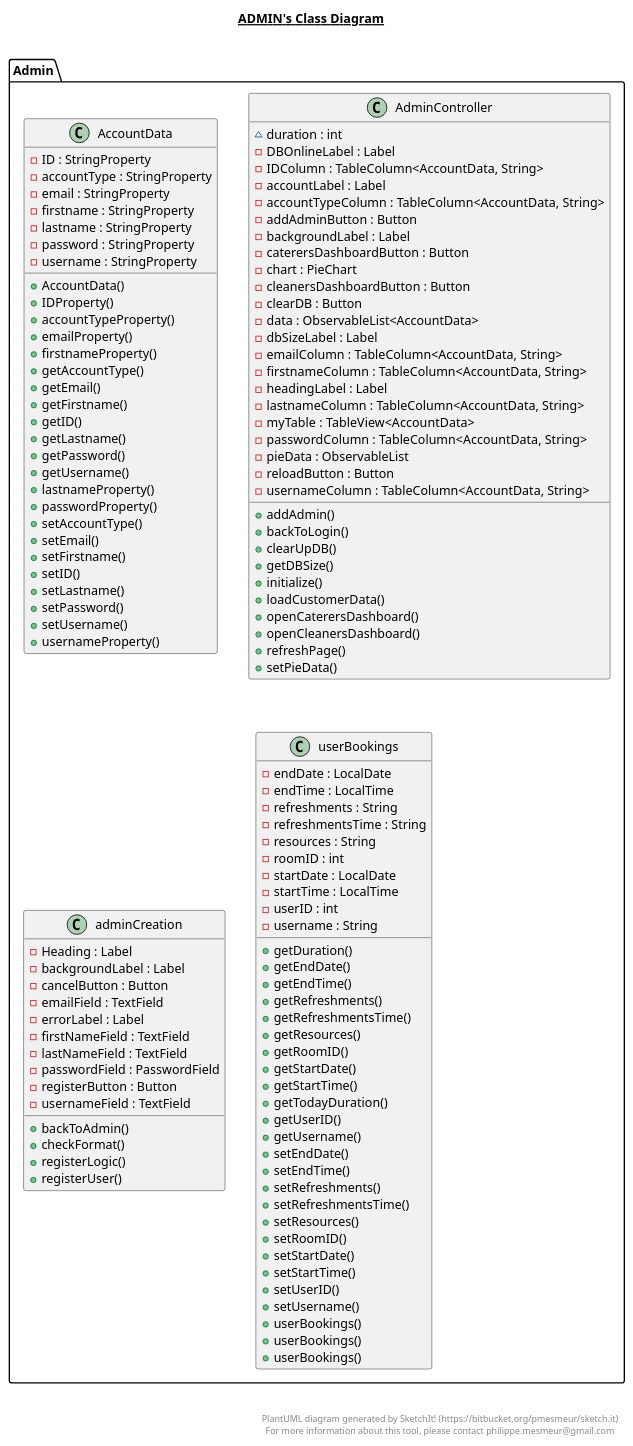
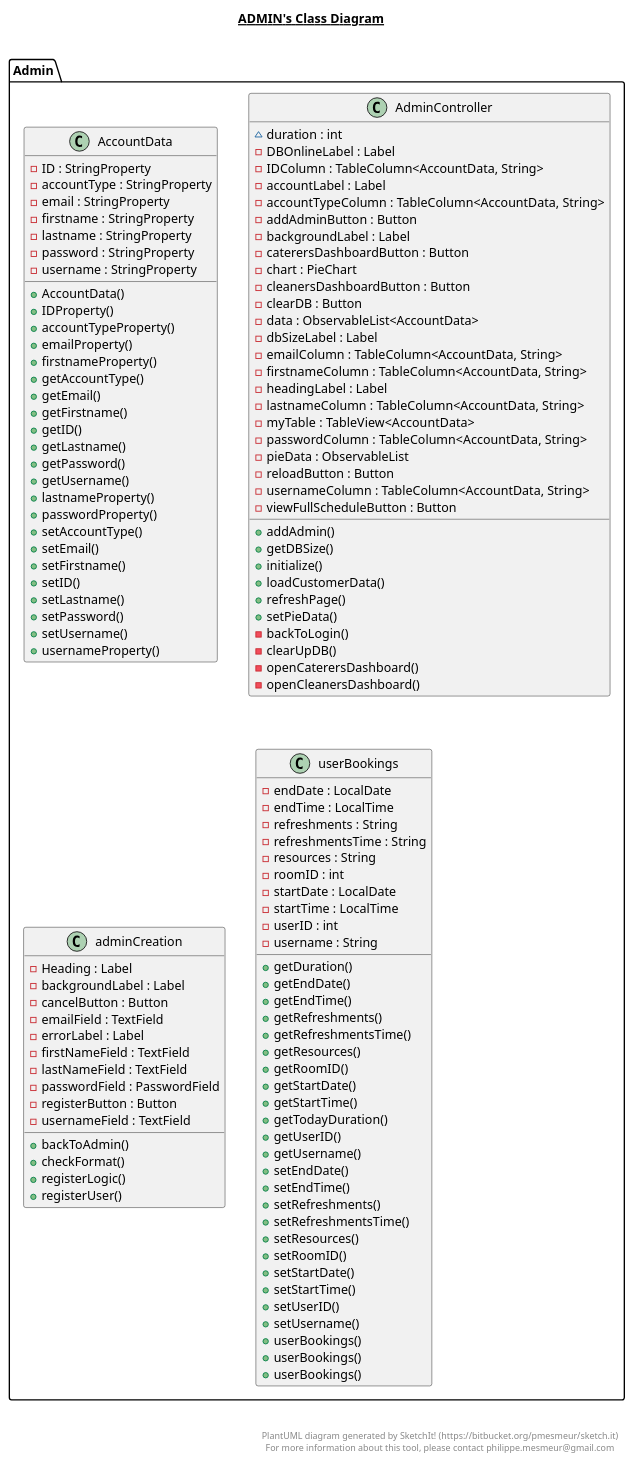
The diagram in src/Admin/Admin.plantuml (hegde-atri/meetingBooking), drawn with PlantUML before and after one commit. The commit also changed 6 other files, not shown here.

Commit message:
added UML class diagrams

```diff
--- a/src/Admin/Admin.plantuml
+++ b/src/Admin/Admin.plantuml
@@ -1,148 +1,149 @@
 @startuml
 
 title __ADMIN's Class Diagram__\n
 
   namespace Admin {
     class Admin.AccountData {
         - ID : StringProperty
         - accountType : StringProperty
         - email : StringProperty
         - firstname : StringProperty
         - lastname : StringProperty
         - password : StringProperty
         - username : StringProperty
         + AccountData()
         + IDProperty()
         + accountTypeProperty()
         + emailProperty()
         + firstnameProperty()
         + getAccountType()
         + getEmail()
         + getFirstname()
         + getID()
         + getLastname()
         + getPassword()
         + getUsername()
         + lastnameProperty()
         + passwordProperty()
         + setAccountType()
         + setEmail()
         + setFirstname()
         + setID()
         + setLastname()
         + setPassword()
         + setUsername()
         + usernameProperty()
     }
   }
   
 
   namespace Admin {
     class Admin.AdminController {
         ~ duration : int
         - DBOnlineLabel : Label
         - IDColumn : TableColumn<AccountData, String>
         - accountLabel : Label
         - accountTypeColumn : TableColumn<AccountData, String>
         - addAdminButton : Button
         - backgroundLabel : Label
         - caterersDashboardButton : Button
         - chart : PieChart
         - cleanersDashboardButton : Button
         - clearDB : Button
         - data : ObservableList<AccountData>
         - dbSizeLabel : Label
         - emailColumn : TableColumn<AccountData, String>
         - firstnameColumn : TableColumn<AccountData, String>
         - headingLabel : Label
         - lastnameColumn : TableColumn<AccountData, String>
         - myTable : TableView<AccountData>
         - passwordColumn : TableColumn<AccountData, String>
         - pieData : ObservableList
         - reloadButton : Button
         - usernameColumn : TableColumn<AccountData, String>
+        - viewFullScheduleButton : Button
         + addAdmin()
-        + backToLogin()
-        + clearUpDB()
         + getDBSize()
         + initialize()
         + loadCustomerData()
-        + openCaterersDashboard()
-        + openCleanersDashboard()
         + refreshPage()
         + setPieData()
+        - backToLogin()
+        - clearUpDB()
+        - openCaterersDashboard()
+        - openCleanersDashboard()
     }
   }
   
 
   namespace Admin {
     class Admin.adminCreation {
         - Heading : Label
         - backgroundLabel : Label
         - cancelButton : Button
         - emailField : TextField
         - errorLabel : Label
         - firstNameField : TextField
         - lastNameField : TextField
         - passwordField : PasswordField
         - registerButton : Button
         - usernameField : TextField
         + backToAdmin()
         + checkFormat()
         + registerLogic()
         + registerUser()
     }
   }
   
 
   namespace Admin {
     class Admin.userBookings {
         - endDate : LocalDate
         - endTime : LocalTime
         - refreshments : String
         - refreshmentsTime : String
         - resources : String
         - roomID : int
         - startDate : LocalDate
         - startTime : LocalTime
         - userID : int
         - username : String
         + getDuration()
         + getEndDate()
         + getEndTime()
         + getRefreshments()
         + getRefreshmentsTime()
         + getResources()
         + getRoomID()
         + getStartDate()
         + getStartTime()
         + getTodayDuration()
         + getUserID()
         + getUsername()
         + setEndDate()
         + setEndTime()
         + setRefreshments()
         + setRefreshmentsTime()
         + setResources()
         + setRoomID()
         + setStartDate()
         + setStartTime()
         + setUserID()
         + setUsername()
         + userBookings()
         + userBookings()
         + userBookings()
     }
   }
   
 
 
 
 right footer
 
 
 PlantUML diagram generated by SketchIt! (https://bitbucket.org/pmesmeur/sketch.it)
 For more information about this tool, please contact philippe.mesmeur@gmail.com
 endfooter
 
 @enduml
```
